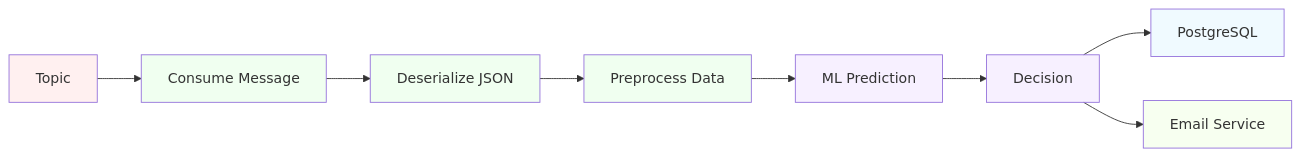
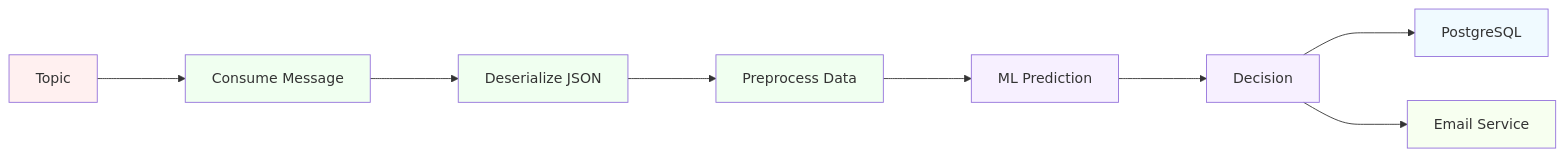
Before and after one commit to jefraudai/jefraudai: the eighth of 11 diagrams in Services/slidev/slides.md, drawn with Mermaid. The commit also changed other lines of this file and 14 other files, not shown here.

````diff
--- a/Services/slidev/slides.md
+++ b/Services/slidev/slides.md
@@ -268,19 +449,19 @@
 ```mermaid
 flowchart LR
-    Topic[Topic] --> Consume[Consume Message]
-    Consume --> Deserialize[Deserialize JSON]
-    Deserialize --> Preprocess[Preprocess Data]
-    Preprocess --> Predict[ML Prediction]
-    Predict --> Decide[Decision]
-    Decide --> DB[PostgreSQL]
-    Decide --> Email[Email Service]
+    Topic[Topic] ---> Consume[Consume Message]
+    Consume ---> Deserialize[Deserialize JSON]
+    Deserialize ---> Preprocess[Preprocess Data]
+    Preprocess ---> Predict[ML Prediction]
+    Predict ---> Decide[Decision]
+    Decide ---> DB[PostgreSQL]
+    Decide ---> Email[Email Service]
     
     style Topic fill:#ffe1e1,fill-opacity:0.5
     style Consume fill:#e1ffe1,fill-opacity:0.5
     style Deserialize fill:#e1ffe1,fill-opacity:0.5
     style Preprocess fill:#e1ffe1,fill-opacity:0.5
     style Predict fill:#f0e1ff,fill-opacity:0.5
     style Decide fill:#f0e1ff,fill-opacity:0.5
     style DB fill:#e1f5ff,fill-opacity:0.5
     style Email fill:#f0ffe1,fill-opacity:0.5
 ```
````
